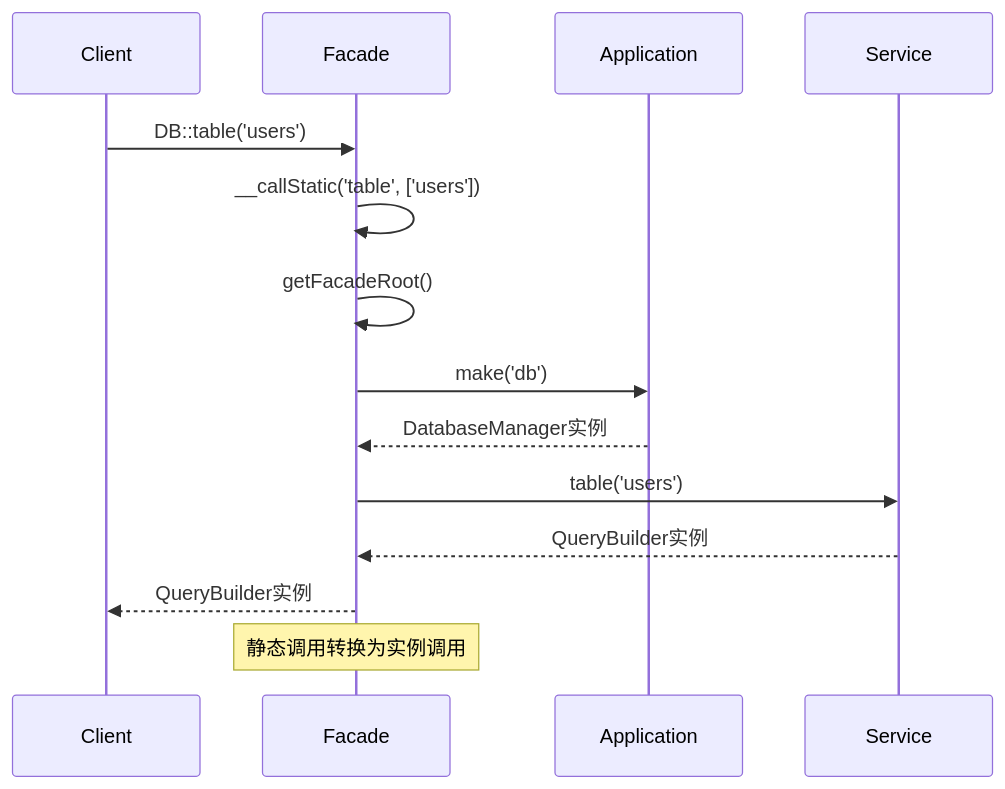
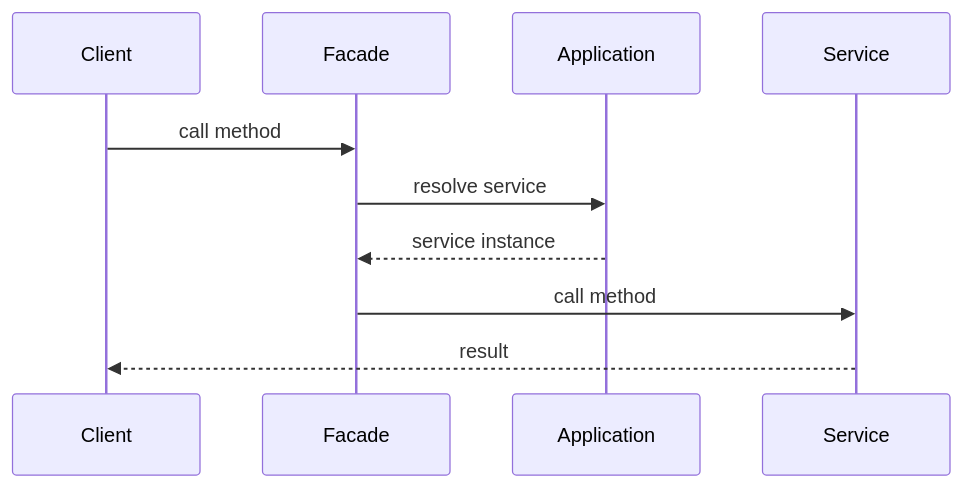
The third of 4 diagrams in resources/design-patterns/laravel/structural/facade_zh.md (fanly/DesignPattern), drawn with Mermaid before and after one commit. The commit also changed other lines of this file and 103 other files, not shown here.

````diff
--- a/resources/design-patterns/laravel/structural/facade_zh.md
+++ b/resources/design-patterns/laravel/structural/facade_zh.md
@@ -105,18 +72,13 @@
 ```mermaid
 sequenceDiagram
     participant Client
     participant Facade
     participant Application
     participant Service
     
-    Client->>Facade: DB::table('users')
-    Facade->>Facade: __callStatic('table', ['users'])
-    Facade->>Facade: getFacadeRoot()
-    Facade->>Application: make('db')
-    Application-->>Facade: DatabaseManager实例
-    Facade->>Service: table('users')
-    Service-->>Facade: QueryBuilder实例
-    Facade-->>Client: QueryBuilder实例
-    
-    Note over Facade: 静态调用转换为实例调用
+    Client->>Facade: call method
+    Facade->>Application: resolve service
+    Application-->>Facade: service instance
+    Facade->>Service: call method
+    Service-->>Client: result
 ```
````
